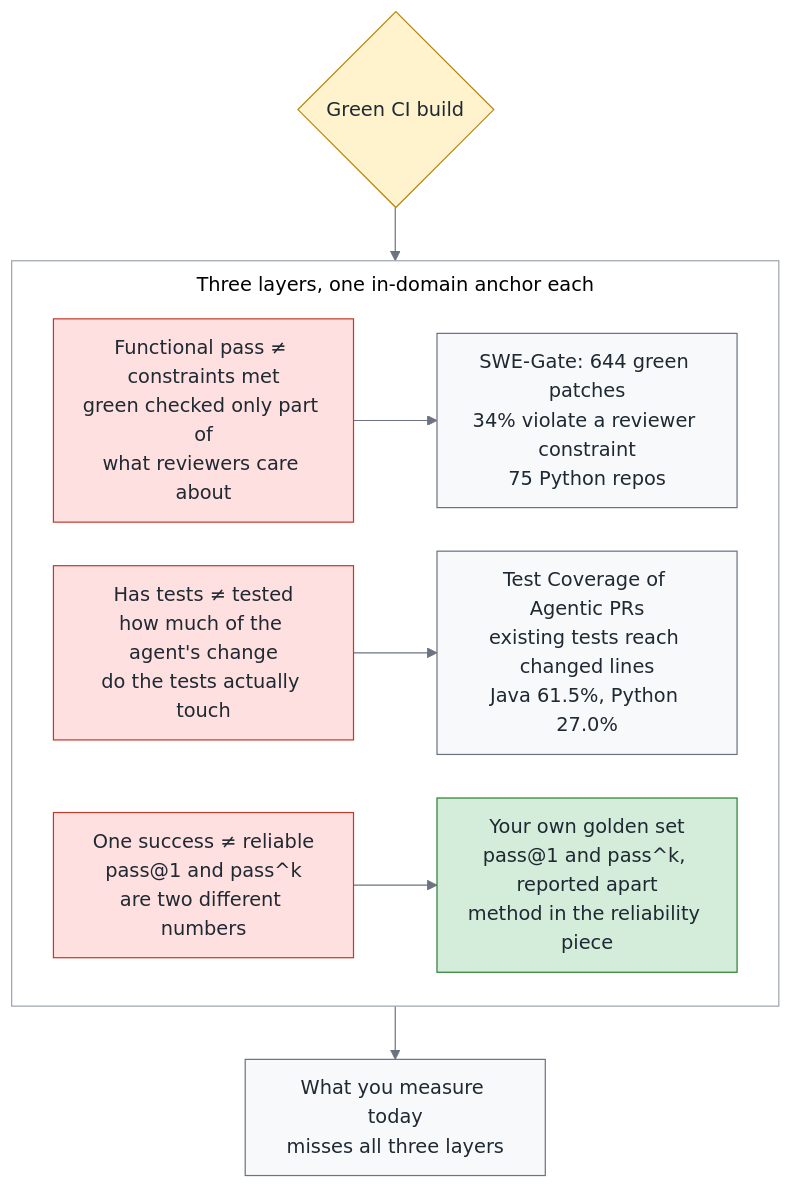
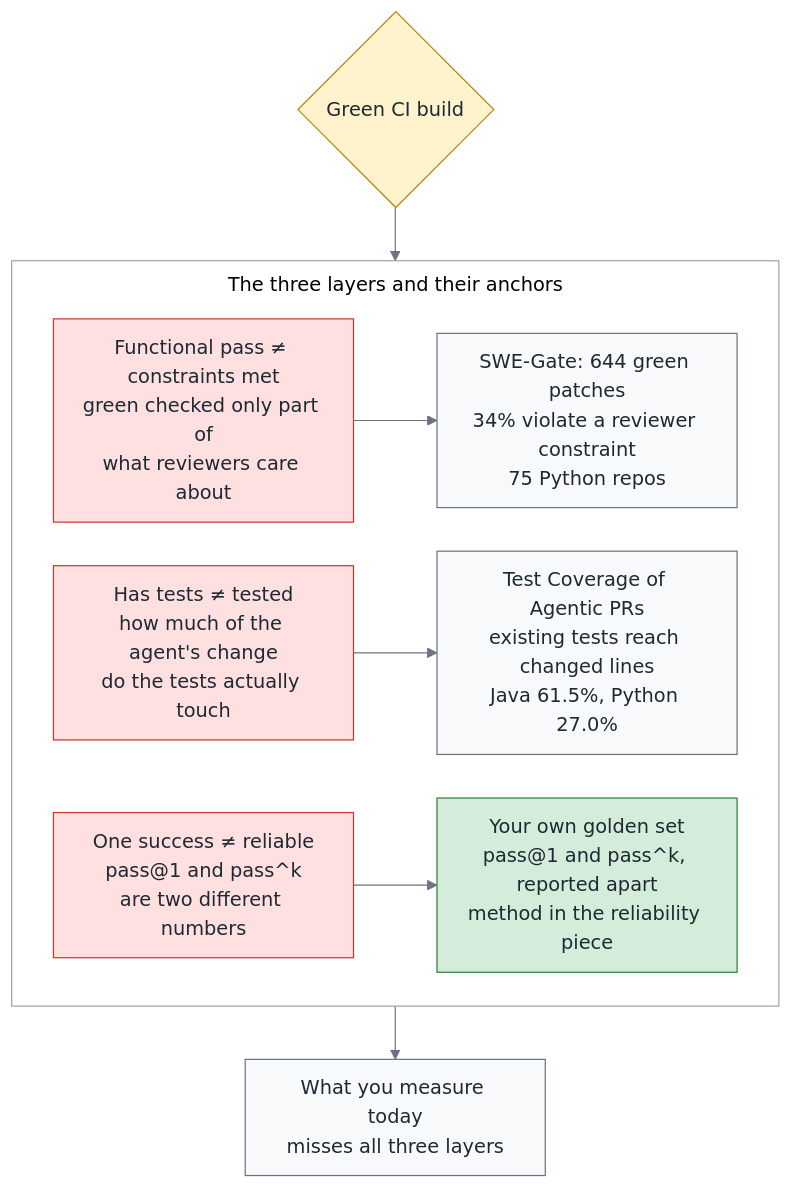
One commit to fantasybz/medium-articles changed the second of 10 diagrams in 2026-10-green-overview/article.en.md. Above: the diagram before and after it, drawn with Mermaid. The commit also changed 13 other files, not shown here.

First line of the commit message:
可靠度篇開場交代 34% 的來由，總論那張圖的標題改成成立的說法 (#11)

````diff
--- a/2026-10-green-overview/article.en.md
+++ b/2026-10-green-overview/article.en.md
@@ -143,43 +143,43 @@
 ```mermaid
 ---
 config:
   theme: base
   themeVariables:
     fontSize: 16px
     primaryColor: "#f8f9fa"
     primaryTextColor: "#1f2933"
     primaryBorderColor: "#6b7280"
     lineColor: "#6b7280"
     secondaryColor: "#f8f9fa"
     tertiaryColor: "#ffffff"
     clusterBkg: "#ffffff"
     clusterBorder: "#9ca3af"
     edgeLabelBackground: "#ffffff"
   flowchart:
     nodeSpacing: 36
     rankSpacing: 44
     padding: 12
     htmlLabels: true
     subGraphTitleMargin:
       top: 8
       bottom: 12
     curve: basis
 ---
 flowchart TB
     classDef own fill:#d4edda,stroke:#2e7d32,color:#1f2933
     classDef buy fill:#fff3cd,stroke:#b8860b,color:#1f2933
     classDef bad fill:#ffe0e0,stroke:#c0392b,color:#1f2933
     classDef human fill:#e3f2fd,stroke:#1565c0,color:#1f2933
     G{"Green CI build"}
-    subgraph layers["Three layers, one in-domain anchor each"]
+    subgraph layers["The three layers and their anchors"]
         direction LR
         L1["Functional pass ≠ constraints met<br/>green checked only part of<br/>what reviewers care about"] --> S1["SWE-Gate: 644 green patches<br/>34% violate a reviewer constraint<br/>75 Python repos"]
         L2["Has tests ≠ tested<br/>how much of the agent's change<br/>do the tests actually touch"] --> S2["Test Coverage of Agentic PRs<br/>existing tests reach changed lines<br/>Java 61.5%, Python 27.0%"]
         L3["One success ≠ reliable<br/>pass@1 and pass^k<br/>are two different numbers"] --> S3["Your own golden set<br/>pass@1 and pass^k, reported apart<br/>method in the reliability piece"]
     end
     G --> layers
     layers --> C["What you measure today<br/>misses all three layers"]
     class G buy
     class L1,L2,L3 bad
     class S3 own
 ```
````
